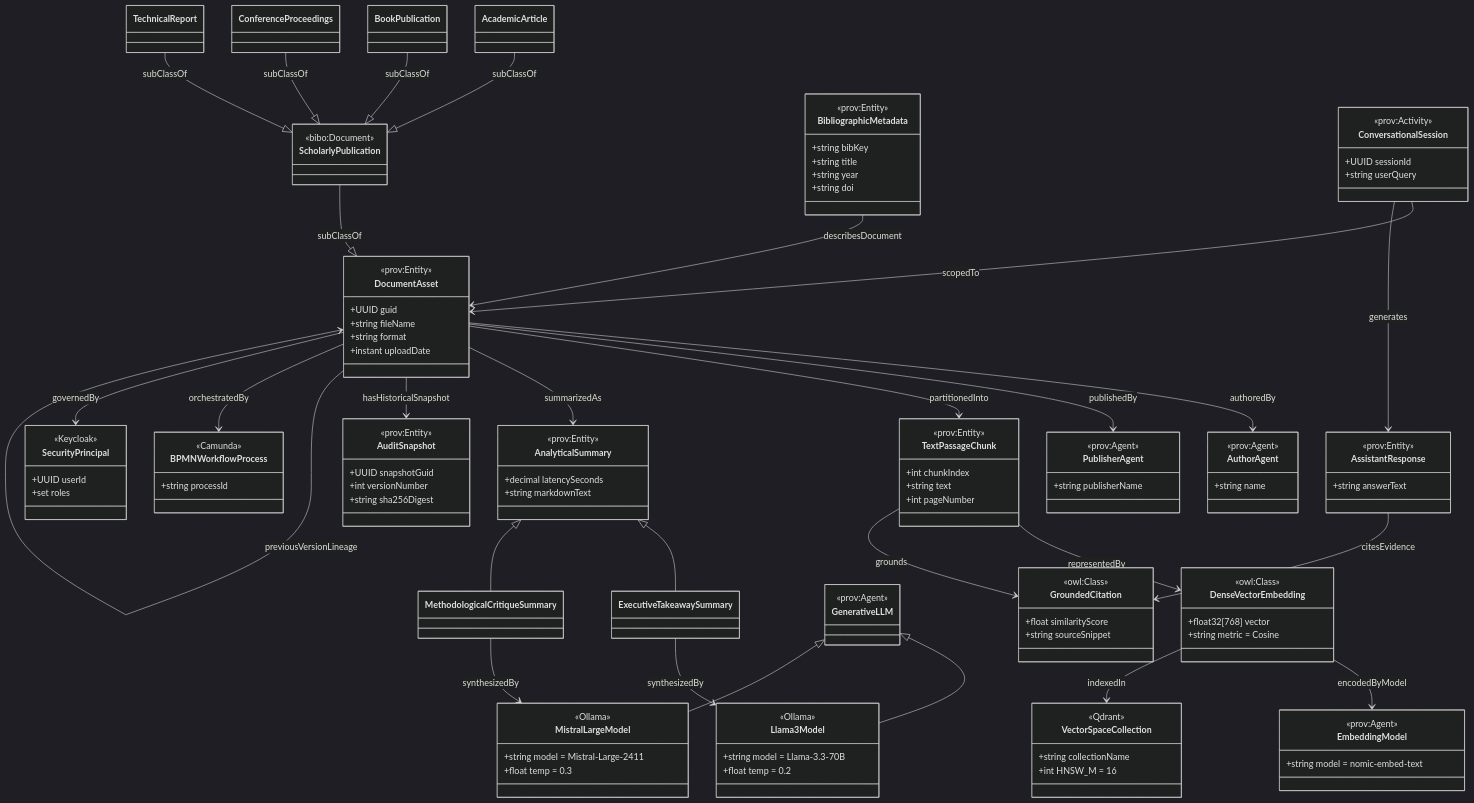
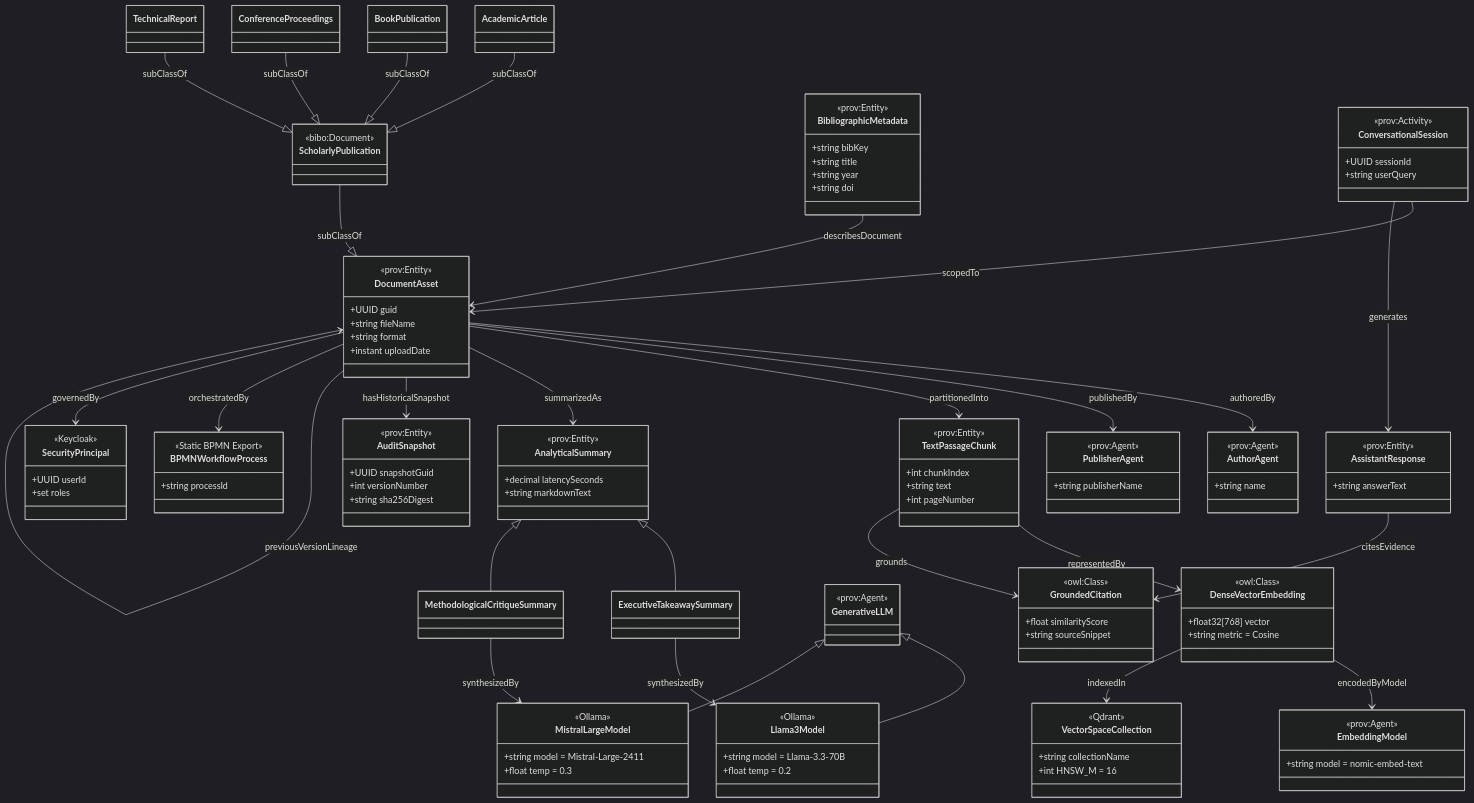
The diagram in docs/diagrams/system_ontology_diagram.mmd (epascalau/personal-library), drawn with Mermaid (dark theme) before and after one commit. The commit also changed 87 other files, not shown here.

```diff
--- a/docs/diagrams/system_ontology_diagram.mmd
+++ b/docs/diagrams/system_ontology_diagram.mmd
@@ -1,144 +1,144 @@
 classDiagram
     direction TB
 
     class DocumentAsset {
       <<prov:Entity>>
       +UUID guid
       +string fileName
       +string format
       +instant uploadDate
     }
 
     class ScholarlyPublication {
       <<bibo:Document>>
     }
     class AcademicArticle
     class BookPublication
     class ConferenceProceedings
     class TechnicalReport
 
     ScholarlyPublication --|> DocumentAsset : subClassOf
     AcademicArticle --|> ScholarlyPublication : subClassOf
     BookPublication --|> ScholarlyPublication : subClassOf
     ConferenceProceedings --|> ScholarlyPublication : subClassOf
     TechnicalReport --|> ScholarlyPublication : subClassOf
 
     class BibliographicMetadata {
       <<prov:Entity>>
       +string bibKey
       +string title
       +string year
       +string doi
     }
     class AuthorAgent {
       <<prov:Agent>>
       +string name
     }
     class PublisherAgent {
       <<prov:Agent>>
       +string publisherName
     }
 
     BibliographicMetadata --> DocumentAsset : describesDocument
     DocumentAsset --> AuthorAgent : authoredBy
     DocumentAsset --> PublisherAgent : publishedBy
 
     class TextPassageChunk {
       <<prov:Entity>>
       +int chunkIndex
       +string text
       +int pageNumber
     }
 
     class DenseVectorEmbedding {
       <<owl:Class>>
       +float32[768] vector
       +string metric = Cosine
     }
 
     class VectorSpaceCollection {
       <<Qdrant>>
       +string collectionName
       +int HNSW_M = 16
     }
 
     class EmbeddingModel {
       <<prov:Agent>>
       +string model = nomic-embed-text
     }
 
     DocumentAsset --> TextPassageChunk : partitionedInto
     TextPassageChunk --> DenseVectorEmbedding : representedBy
     DenseVectorEmbedding --> EmbeddingModel : encodedByModel
     DenseVectorEmbedding --> VectorSpaceCollection : indexedIn
 
     class AnalyticalSummary {
       <<prov:Entity>>
       +decimal latencySeconds
       +string markdownText
     }
     class ExecutiveTakeawaySummary
     class MethodologicalCritiqueSummary
     AnalyticalSummary <|-- ExecutiveTakeawaySummary
     AnalyticalSummary <|-- MethodologicalCritiqueSummary
 
     class GenerativeLLM {
       <<prov:Agent>>
     }
     class Llama3Model {
       <<Ollama>>
       +string model = Llama-3.3-70B
       +float temp = 0.2
     }
     class MistralLargeModel {
       <<Ollama>>
       +string model = Mistral-Large-2411
       +float temp = 0.3
     }
     GenerativeLLM <|-- Llama3Model
     GenerativeLLM <|-- MistralLargeModel
 
     DocumentAsset --> AnalyticalSummary : summarizedAs
     ExecutiveTakeawaySummary --> Llama3Model : synthesizedBy
     MethodologicalCritiqueSummary --> MistralLargeModel : synthesizedBy
 
     class ConversationalSession {
       <<prov:Activity>>
       +UUID sessionId
       +string userQuery
     }
     class AssistantResponse {
       <<prov:Entity>>
       +string answerText
     }
     class GroundedCitation {
       <<owl:Class>>
       +float similarityScore
       +string sourceSnippet
     }
 
     ConversationalSession --> DocumentAsset : scopedTo
     ConversationalSession --> AssistantResponse : generates
     AssistantResponse --> GroundedCitation : citesEvidence
     TextPassageChunk --> GroundedCitation : grounds
 
     class AuditSnapshot {
       <<prov:Entity>>
       +UUID snapshotGuid
       +int versionNumber
       +string sha256Digest
     }
     class SecurityPrincipal {
       <<Keycloak>>
       +UUID userId
       +set roles
     }
     class BPMNWorkflowProcess {
-      <<Camunda>>
+      <<Static BPMN Export>>
       +string processId
     }
 
     DocumentAsset --> AuditSnapshot : hasHistoricalSnapshot
     DocumentAsset --> DocumentAsset : previousVersionLineage
     DocumentAsset --> BPMNWorkflowProcess : orchestratedBy
     DocumentAsset --> SecurityPrincipal : governedBy
```
